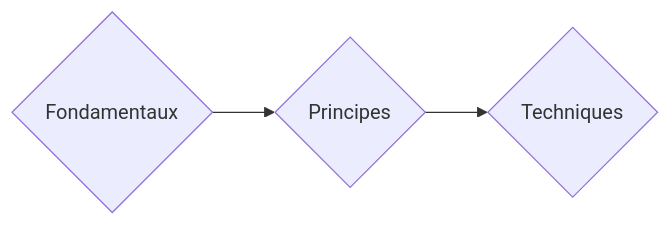
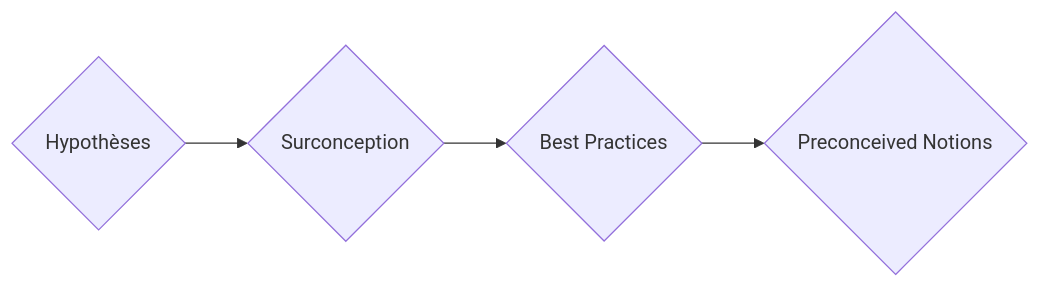
The diagram in docs/design/network-design-pièges.md (MehdiSellamiAdministrator/msdoc), drawn with Mermaid before and after one commit.

Commit message:
ADD Pages For Network Design

````diff
--- a/docs/design/network-design-pièges.md
+++ b/docs/design/network-design-pièges.md
@@ -5,6 +5,7 @@
 ```mermaid
 flowchart LR
 
-A{Fondamentaux} --> B{Principes}
-B --> C{Techniques}
+A{Hypothèses} --> B{Surconception}
+B --> C{Best Practices}
+C --> D{Preconceived Notions}
 ```
````
